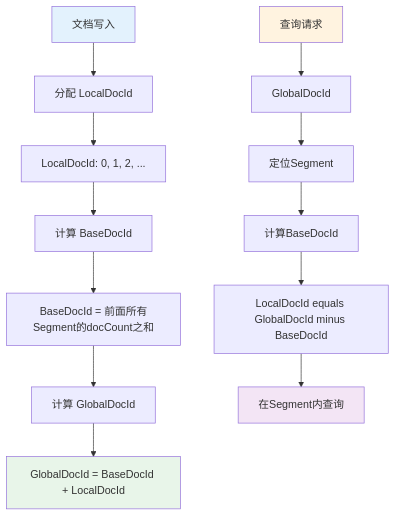
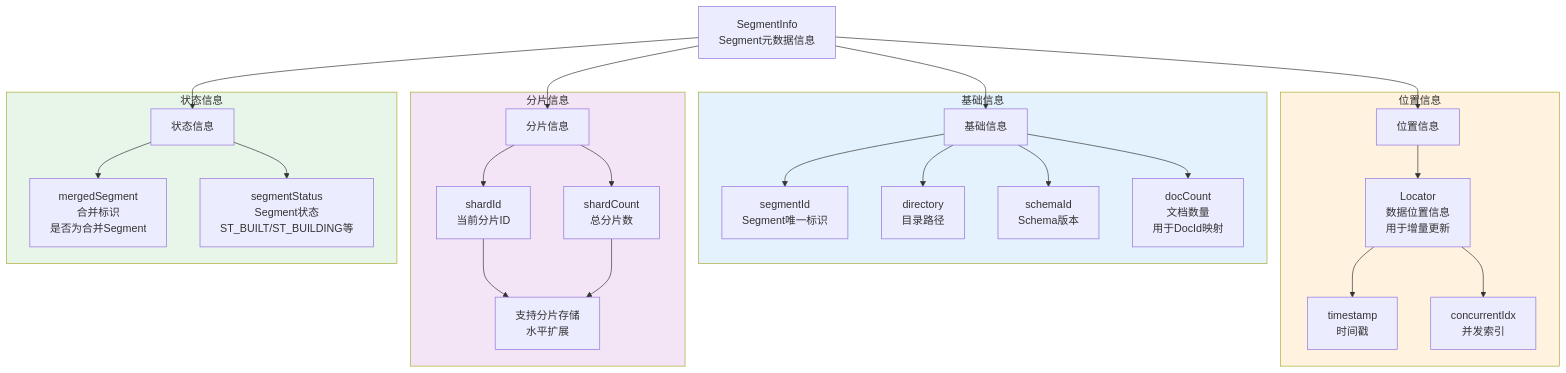
One commit to zhouzhilong-commits/zhouzhilong-commits.github.io changed the fourth of 22 diagrams in _posts/2025-05-19-indexlib-2-tablet-segment.md. Above: the diagram before and after it, drawn with Mermaid. The commit also changed other lines of this file and 161 other files, not shown here.

````diff
--- a/_posts/2025-05-19-indexlib-2-tablet-segment.md
+++ b/_posts/2025-05-19-indexlib-2-tablet-segment.md
@@ -280,20 +261,49 @@
 ```mermaid
-graph TD
-    A[文档写入] --> B[分配 LocalDocId]
-    B --> C[LocalDocId: 0, 1, 2, ...]
-    C --> D[计算 BaseDocId]
-    D --> E[BaseDocId = 前面所有Segment的docCount之和]
-    E --> F[计算 GlobalDocId]
-    F --> G[GlobalDocId = BaseDocId + LocalDocId]
+flowchart TD
+    A[SegmentInfo<br/>Segment元数据信息] --> B[基础信息]
+    A --> C[位置信息]
+    A --> D[分片信息]
+    A --> E[状态信息]
     
-    H[查询请求] --> I[GlobalDocId]
-    I --> J[定位Segment]
-    J --> K[计算BaseDocId]
-    K --> L["LocalDocId equals GlobalDocId minus BaseDocId"]
-    L --> M[在Segment内查询]
+    subgraph Basic["基础信息"]
+        B1[segmentId<br/>Segment唯一标识]
+        B2[directory<br/>目录路径]
+        B3[schemaId<br/>Schema版本]
+        B4[docCount<br/>文档数量<br/>用于DocId映射]
+        B --> B1
+        B --> B2
+        B --> B3
+        B --> B4
+    end
     
-    style A fill:#e3f2fd
-    style H fill:#fff3e0
-    style G fill:#e8f5e9
-    style M fill:#f3e5f5
+    subgraph Location["位置信息"]
+        C1[Locator<br/>数据位置信息<br/>用于增量更新]
+        C2[timestamp<br/>时间戳]
+        C3[concurrentIdx<br/>并发索引]
+        C --> C1
+        C1 --> C2
+        C1 --> C3
+    end
+    
+    subgraph Shard["分片信息"]
+        D1[shardId<br/>当前分片ID]
+        D2[shardCount<br/>总分片数]
+        D3[支持分片存储<br/>水平扩展]
+        D --> D1
+        D --> D2
+        D1 --> D3
+        D2 --> D3
+    end
+    
+    subgraph Status["状态信息"]
+        E1[mergedSegment<br/>合并标识<br/>是否为合并Segment]
+        E2[segmentStatus<br/>Segment状态<br/>ST_BUILT/ST_BUILDING等]
+        E --> E1
+        E --> E2
+    end
+    
+    style Basic fill:#e3f2fd
+    style Location fill:#fff3e0
+    style Shard fill:#f3e5f5
+    style Status fill:#e8f5e9
 ```
````
